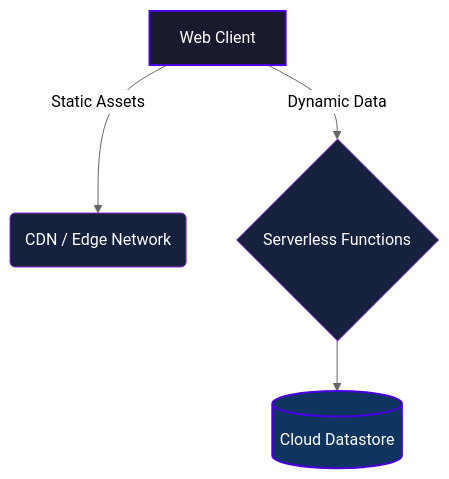
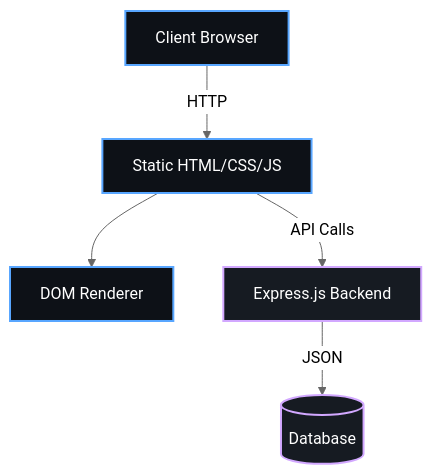
Before and after one commit to karthik-idikuda/sync-watch: the diagram in README.md, drawn with Mermaid (neutral theme). The commit also changed other lines of this file, not shown here.

Commit message:
docs: Deploy analyzed project-specific README with real architecture

````diff
--- a/README.md
+++ b/README.md
@@ -31,14 +29,14 @@
 ```mermaid
 graph TD;
-    A[Web Client] -->|Static Assets| B(CDN / Edge Network);
-    A -->|Dynamic Data| C{Serverless Functions};
-    C --> D[(Cloud Datastore)];
-    
-    classDef primary fill:#1a1a2e,stroke:#4a00e0,stroke-width:2px,color:#fff;
-    classDef secondary fill:#16213e,stroke:#8e2de2,stroke-width:1px,color:#fff;
-    classDef database fill:#0f3460,stroke:#4a00e0,stroke-width:2px,color:#fff;
-    
-    class A primary;
-    class B,C secondary;
-    class D database;
+    A["Client Browser"] -->|HTTP| B["Static HTML/CSS/JS"];
+    B --> C["DOM Renderer"];
+    B -->|API Calls| E["Express.js Backend"];
+    E -->|JSON| F[(Database)];
+
+    classDef frontend fill:#0d1117,stroke:#58a6ff,stroke-width:2px,color:#fff;
+    classDef backend fill:#161b22,stroke:#d2a8ff,stroke-width:2px,color:#fff;
+    classDef styling fill:#21262d,stroke:#79c0ff,stroke-width:1px,color:#fff;
+    class A,B,C frontend;
+    class D styling;
+    class E,F backend;
 ```
````
